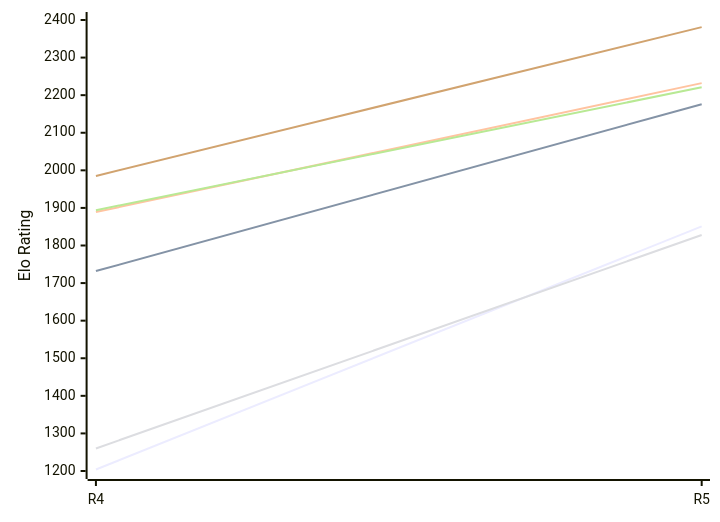
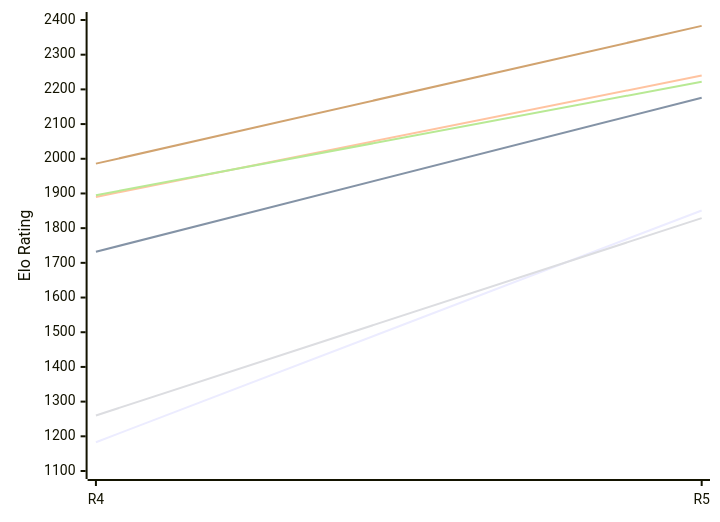
The first of 2 diagrams in engines/Viking.md (computer-chess-index/cci), drawn with Mermaid before and after one commit. The commit also changed other lines of this file, not shown here.

Commit message:
Update CCI Ratings (ELO VLTC) - 2026-11-27

````diff
--- a/engines/Viking.md
+++ b/engines/Viking.md
@@ -50,12 +50,12 @@
 ```mermaid
 %%{init: {"theme":"base","themeVariables":{"seriesColors:['#a3a3a3','#222221','#faa371']}}}%%
 xychart-beta
   x-axis ["R4", "R5"]
-  y-axis "Elo Rating" 1200 --> 2400
-  line "E1: STC (8.0+0.08s)" [1204, 1851]
+  y-axis "Elo Rating" 1100 --> 2400
+  line "E1: STC (8.0+0.08s)" [1183, 1851]
   line "E1: LTC (60.0+0.60s)" [1732, 2176]
-  line "E1: VLTC (2m24s+1.12s)" [1889, 2232]
-  line "P1: STC (8.0+0.08s)" [1260, 1828]
-  line "P1: LTC (60.0+0.60s)" [1894, 2221]
-  line "P1: VLTC (2m24s+1.12s)" [1985, 2381]
+  line "E1: VLTC (2m24s+1.12s)" [1890, 2240]
+  line "P1: STC (8.0+0.08s)" [1260, 1829]
+  line "P1: LTC (60.0+0.60s)" [1895, 2222]
+  line "P1: VLTC (2m24s+1.12s)" [1986, 2383]
 ```
````
